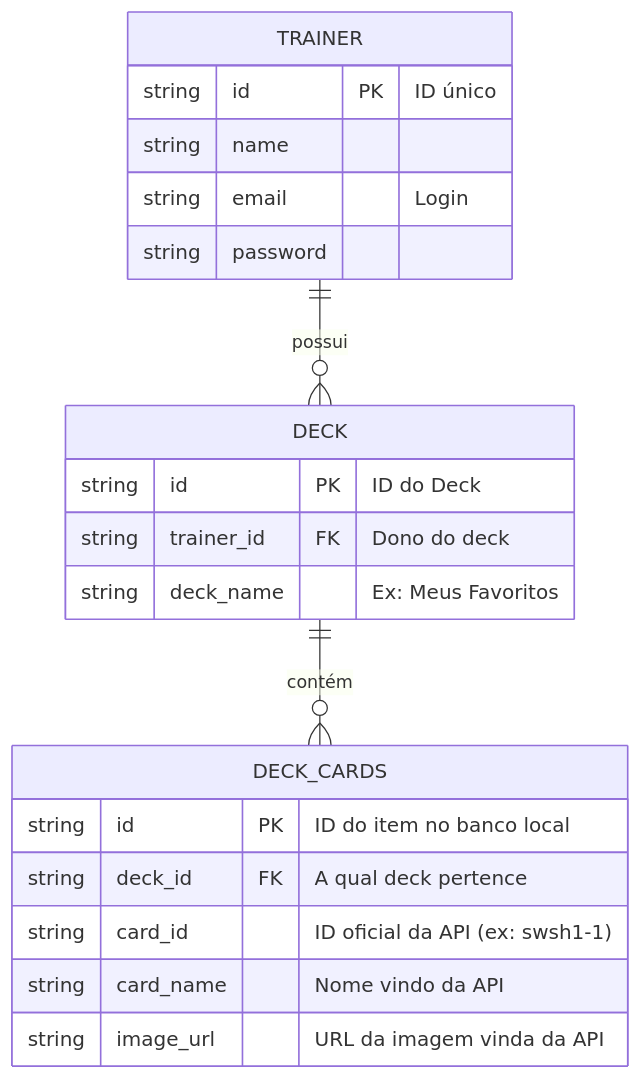
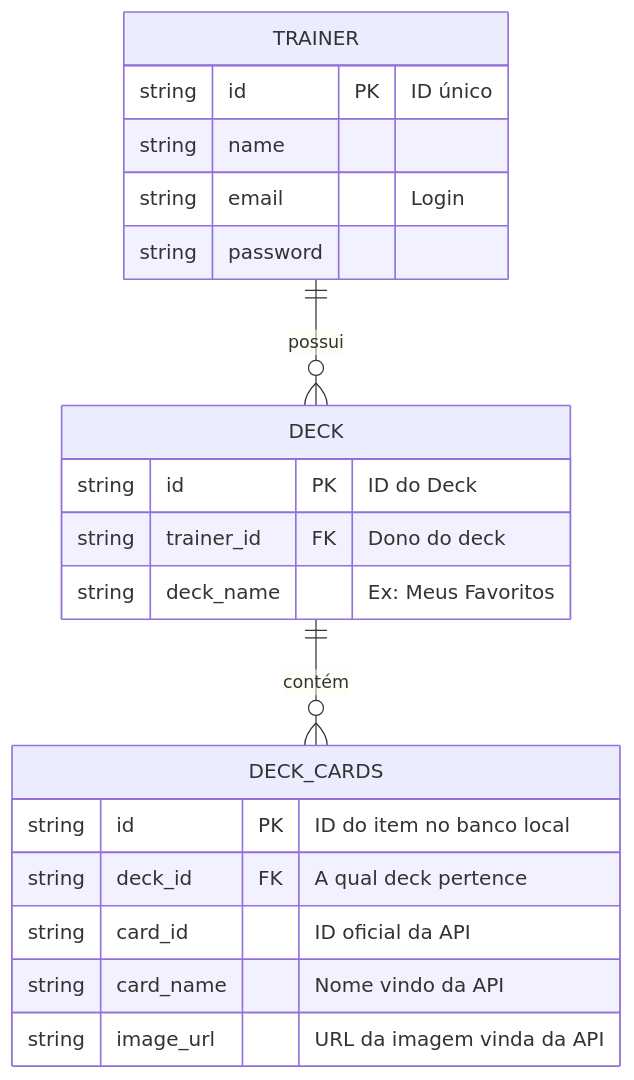
One commit to emanuellilatczuk/pokemon-tcg changed the diagram in docs/spec.md. Above: the diagram before and after it, drawn with Mermaid.

````diff
--- a/docs/spec.md
+++ b/docs/spec.md
@@ -9,26 +9,26 @@
 ```mermaid
 erDiagram
     TRAINER ||--o{ DECK : "possui"
     DECK ||--o{ DECK_CARDS : "contém"
     
     TRAINER {
         string id PK "ID único"
         string name
         string email "Login"
         string password
     }
 
     DECK {
         string id PK "ID do Deck"
         string trainer_id FK "Dono do deck"
         string deck_name "Ex: Meus Favoritos"
     }
 
     DECK_CARDS {
         string id PK "ID do item no banco local"
         string deck_id FK "A qual deck pertence"
-        string card_id "ID oficial da API (ex: swsh1-1)"
+        string card_id "ID oficial da API"
         string card_name "Nome vindo da API"
         string image_url "URL da imagem vinda da API"
     }
 ```
````
